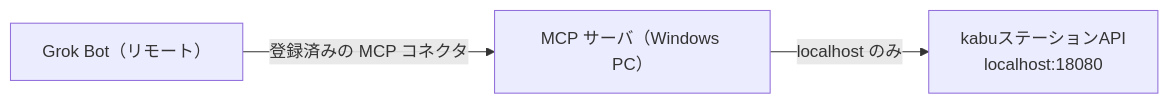
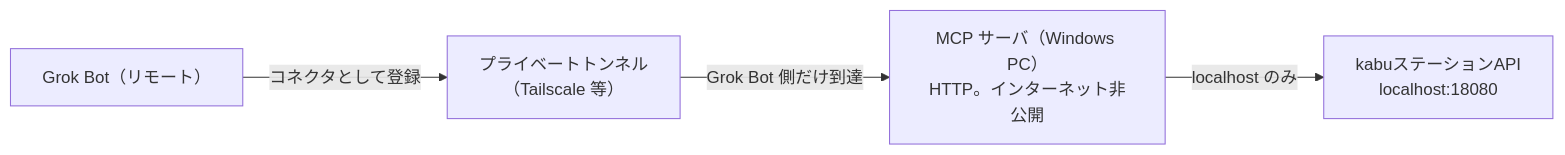
One commit to ousiassllc/pitha-trador changed the diagram in docs/architecture/kabu-status-mcp.md. Above: the diagram before and after it, drawn with Mermaid. The commit also changed other lines of this file and 3 other files, not shown here.

````diff
--- a/docs/architecture/kabu-status-mcp.md
+++ b/docs/architecture/kabu-status-mcp.md
@@ -13,8 +13,10 @@
 ```mermaid
 flowchart LR
     Grok["Grok Bot（リモート）"]
-    MCP["MCP サーバ（Windows PC）"]
+    Tunnel["プライベートトンネル\n（Tailscale 等）"]
+    MCP["MCP サーバ（Windows PC）\nHTTP。インターネット非公開"]
     Kabu["kabuステーションAPI\nlocalhost:18080"]
-    Grok -->|"登録済みの MCP コネクタ"| MCP
+    Grok -->|"コネクタとして登録"| Tunnel
+    Tunnel -->|"Grok Bot 側だけ到達"| MCP
     MCP -->|"localhost のみ"| Kabu
 ```
````
